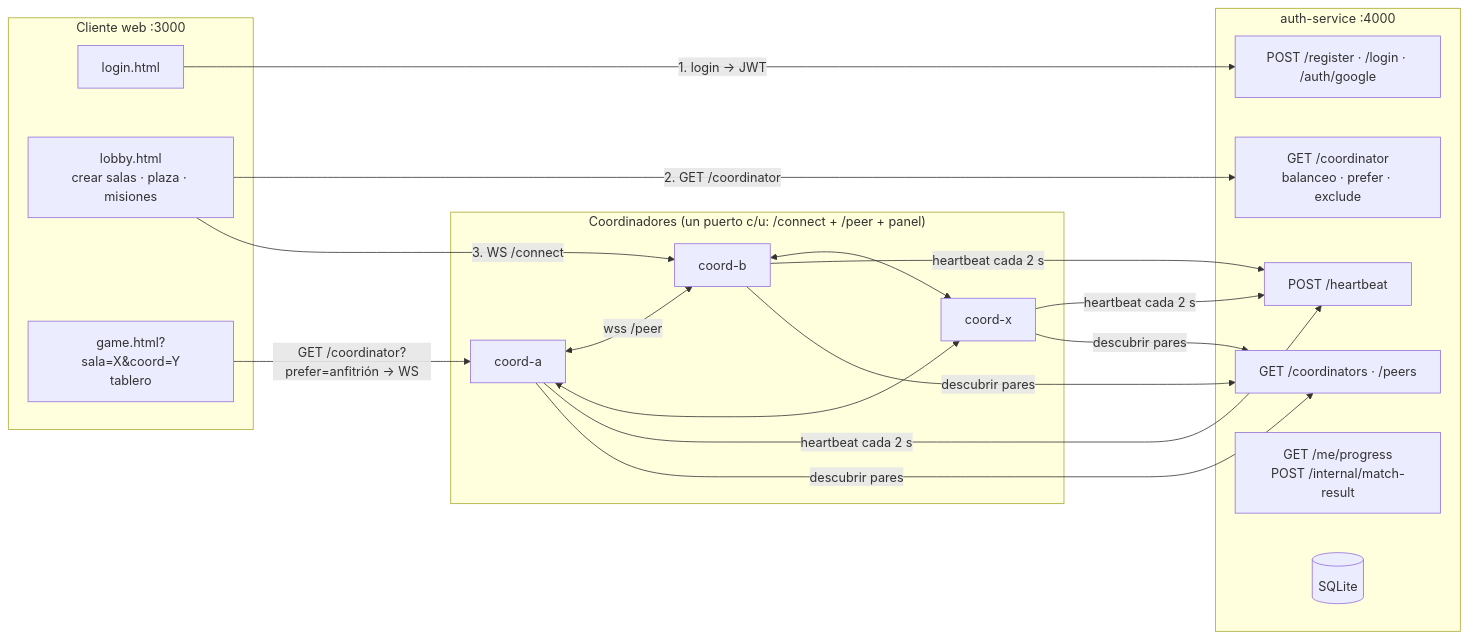
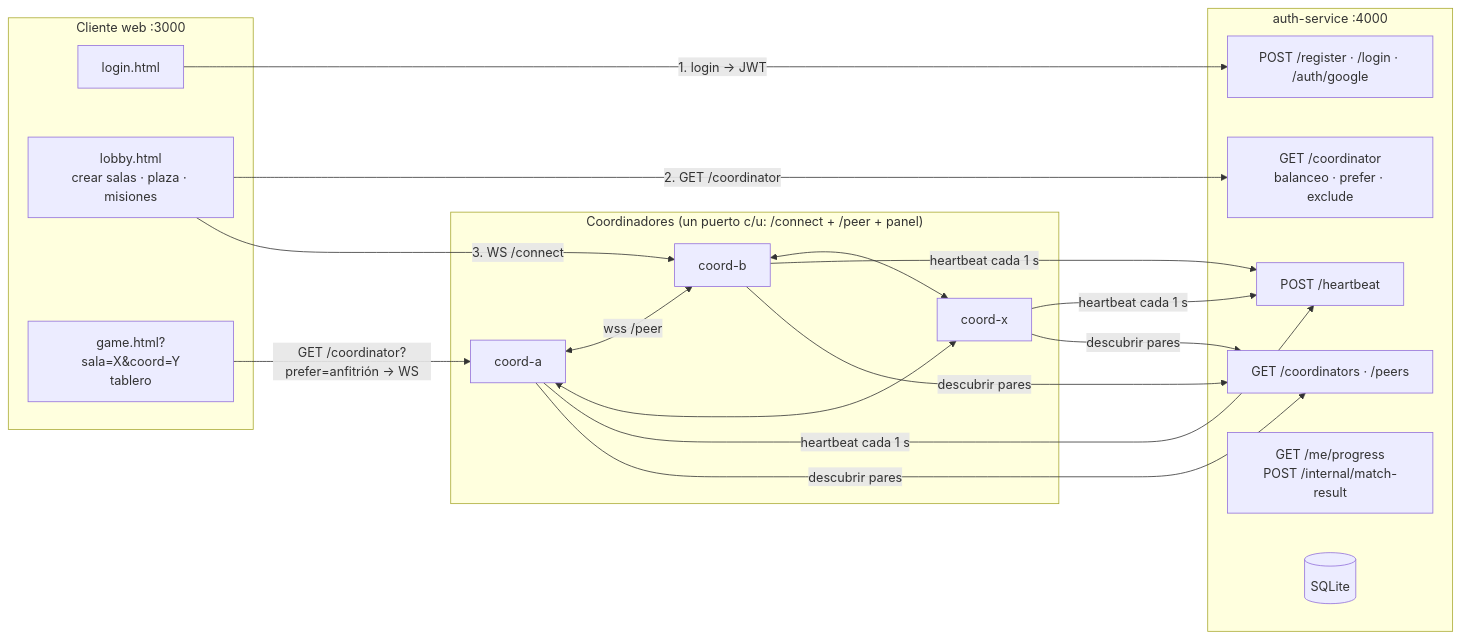
One commit to Sr-Davenson/Monopoly_Sd changed the diagram in README.md. Above: the diagram before and after it, drawn with Mermaid. The commit also changed other lines of this file and 9 other files, not shown here.

````diff
--- a/README.md
+++ b/README.md
@@ -17,33 +17,33 @@
 ```mermaid
 flowchart LR
     subgraph Client["Cliente web :3000"]
         L[login.html]
         LB[lobby.html<br/>crear salas · plaza · misiones]
         G["game.html?sala=X&coord=Y<br/>tablero"]
     end
 
     subgraph Auth["auth-service :4000"]
         A1[POST /register · /login · /auth/google]
         A2[POST /heartbeat]
         A3[GET /coordinator<br/>balanceo · prefer · exclude]
         A4[GET /coordinators · /peers]
         A5[GET /me/progress<br/>POST /internal/match-result]
         DB[(SQLite)]
     end
 
     subgraph Mesh["Coordinadores (un puerto c/u: /connect + /peer + panel)"]
         CA[coord-a]
         CB[coord-b]
         CX[coord-x]
         CA <-->|wss /peer| CB
         CA <--> CX
         CB <--> CX
     end
 
     L -->|1. login → JWT| A1
     LB -->|2. GET /coordinator| A3
     LB -->|3. WS /connect| CB
     G -->|"GET /coordinator?prefer=anfitrión → WS"| CA
-    CA & CB & CX -->|heartbeat cada 2 s| A2
+    CA & CB & CX -->|heartbeat cada 1 s| A2
     CA & CB & CX -->|descubrir pares| A4
 ```
````
